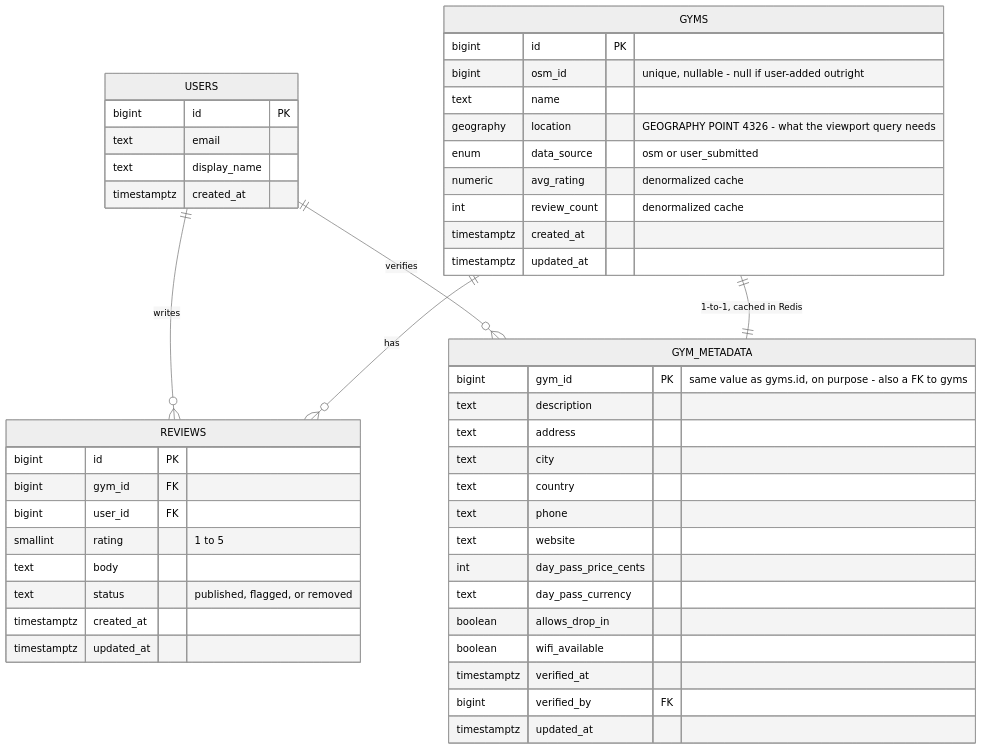
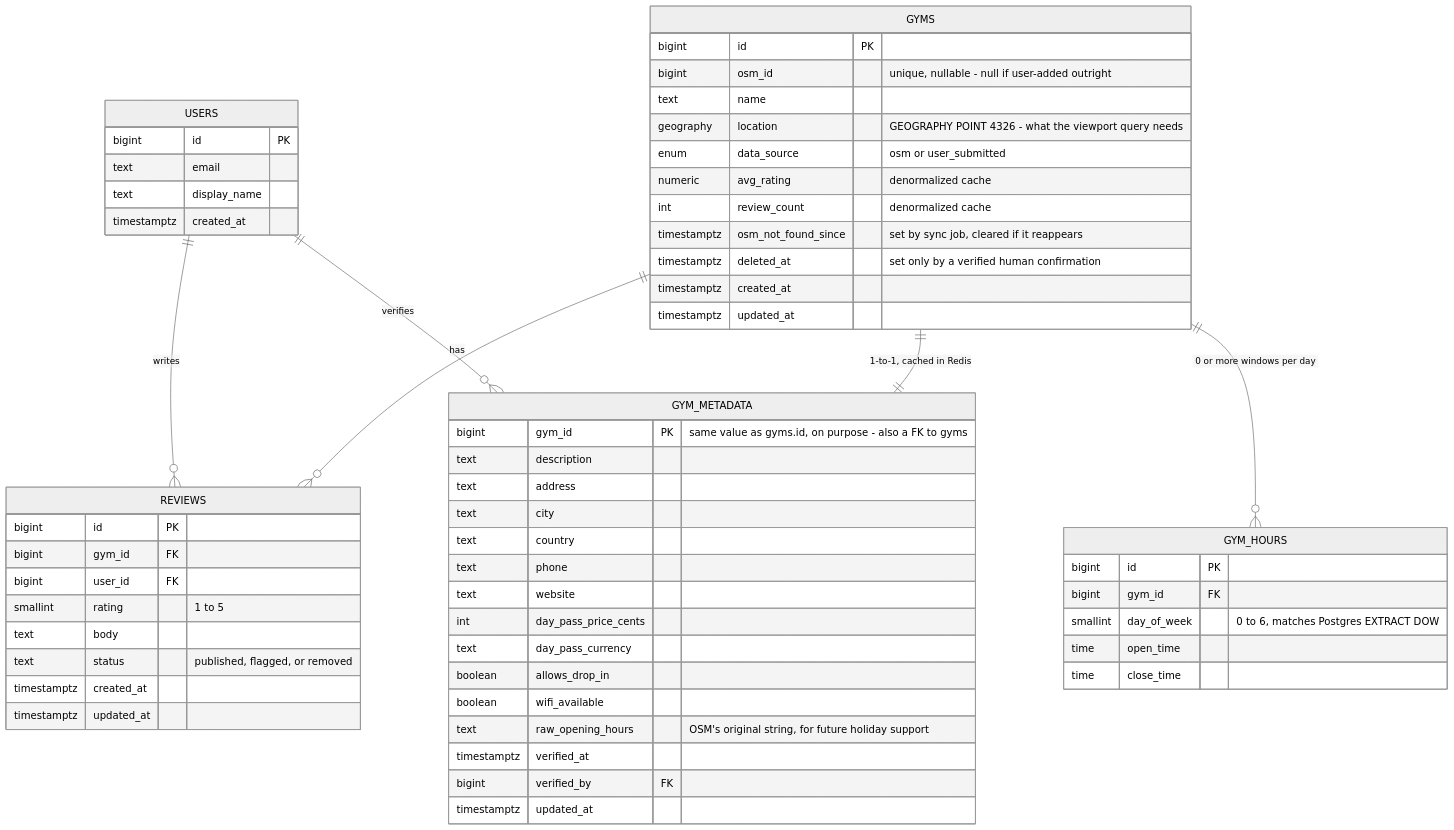
One commit to AbsentLung/TravelApp changed the first of 3 diagrams in Plan.md. Above: the diagram before and after it, drawn with Mermaid (neutral theme). The commit also changed other lines of this file, not shown here.

````diff
--- a/Plan.md
+++ b/Plan.md
@@ -252,54 +257,66 @@
 ```mermaid
 erDiagram
     USERS {
         bigint id PK
         text email
         text display_name
         timestamptz created_at
     }
 
     GYMS {
         bigint id PK
         bigint osm_id "unique, nullable - null if user-added outright"
         text name
         geography location "GEOGRAPHY POINT 4326 - what the viewport query needs"
         enum data_source "osm or user_submitted"
         numeric avg_rating "denormalized cache"
         int review_count "denormalized cache"
+        timestamptz osm_not_found_since "set by sync job, cleared if it reappears"
+        timestamptz deleted_at "set only by a verified human confirmation"
         timestamptz created_at
         timestamptz updated_at
     }
 
     GYM_METADATA {
         bigint gym_id PK "same value as gyms.id, on purpose - also a FK to gyms"
         text description
         text address
         text city
         text country
         text phone
         text website
         int day_pass_price_cents
         text day_pass_currency
         boolean allows_drop_in
         boolean wifi_available
+        text raw_opening_hours "OSM's original string, for future holiday support"
         timestamptz verified_at
         bigint verified_by FK
         timestamptz updated_at
+    }
+
+    GYM_HOURS {
+        bigint id PK
+        bigint gym_id FK
+        smallint day_of_week "0 to 6, matches Postgres EXTRACT DOW"
+        time open_time
+        time close_time
     }
 
     REVIEWS {
         bigint id PK
         bigint gym_id FK
         bigint user_id FK
         smallint rating "1 to 5"
         text body
         text status "published, flagged, or removed"
         timestamptz created_at
         timestamptz updated_at
     }
 
     USERS ||--o{ REVIEWS : writes
     GYMS ||--o{ REVIEWS : has
     USERS ||--o{ GYM_METADATA : verifies
     GYMS ||--|| GYM_METADATA : "1-to-1, cached in Redis"
+    GYMS ||--o{ GYM_HOURS : "0 or more windows per day"
 ```
````
